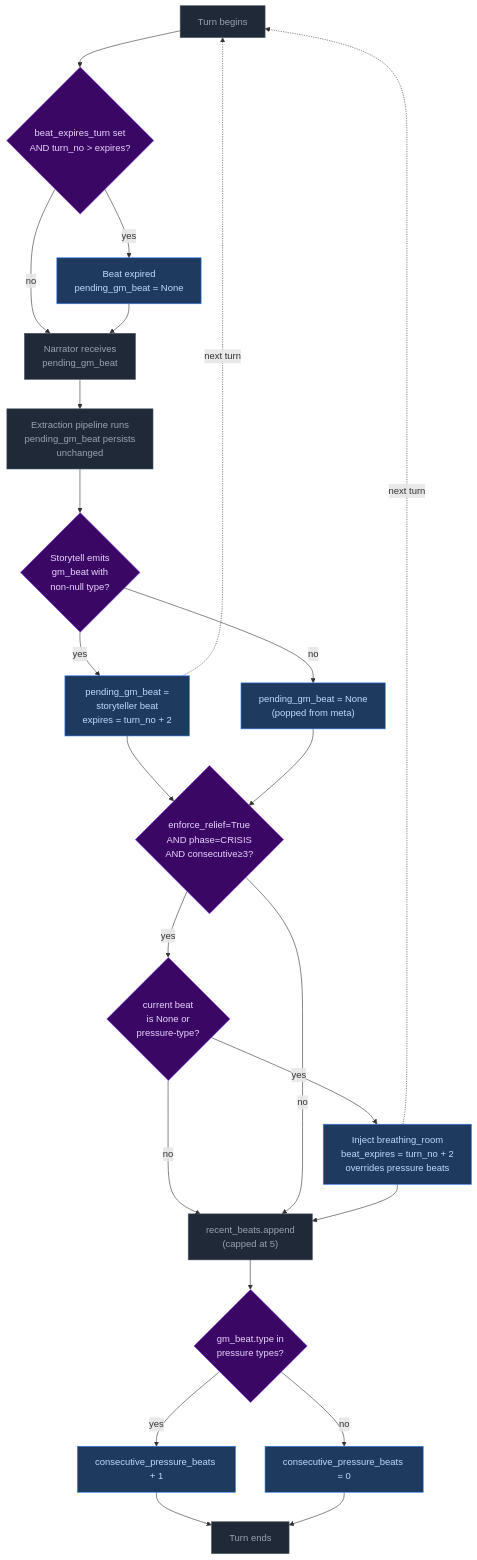
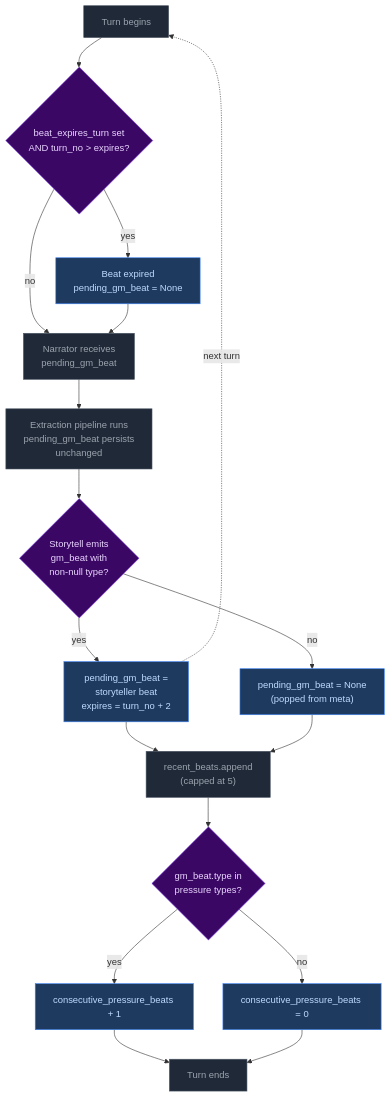
Before and after one commit to pww217/fablethread: the second of 7 diagrams in docs/architecture/pacing-systems.md, drawn with Mermaid. The commit also changed other lines of this file and 6 other files, not shown here.

````diff
--- a/docs/architecture/pacing-systems.md
+++ b/docs/architecture/pacing-systems.md
@@ -83,39 +78,31 @@
 ```mermaid
 flowchart TD
     classDef pyNode fill:#1f2937,color:#9ca3af,stroke:#4b5563
     classDef decision fill:#3b0764,color:#e9d5ff,stroke:#7c3aed
     classDef output fill:#1e3a5f,color:#bfdbfe,stroke:#3b82f6
     classDef system fill:#3b0764,color:#e9d5ff,stroke:#7c3aed,strokeWidth:2px
 
     START["Turn begins"]:::pyNode --> EXPIRY{"beat_expires_turn set<br>AND turn_no > expires?"}:::decision
     EXPIRY -- yes --> NULL["Beat expired<br>pending_gm_beat = None"]:::output
     EXPIRY -- no --> NARRATE["Narrator receives<br>pending_gm_beat"]:::pyNode
     NULL --> NARRATE
 
     NARRATE --> EXTRACTION["Extraction pipeline runs<br>pending_gm_beat persists<br>unchanged"]:::pyNode
     EXTRACTION --> STORYLLM{"Storytell emits<br>gm_beat with<br>non-null type?"}:::decision
     STORYLLM -- yes --> STORED["pending_gm_beat =<br>storyteller beat<br>expires = turn_no + 2"]:::output
     STORYLLM -- no --> POPPED["pending_gm_beat = None<br>(popped from meta)"]:::output
 
-    STORED --> RELIEF{"enforce_relief=True<br>AND phase=CRISIS<br>AND consecutive≥3?"}:::decision
-    POPPED --> RELIEF
-
-    RELIEF -- yes --> OVR{"current beat<br>is None or<br>pressure-type?"}:::decision
-    OVR -- yes --> BREATHING["Inject breathing_room<br>beat_expires = turn_no + 2<br>overrides pressure beats"]:::output
-    OVR -- no --> HISTORY["recent_beats.append<br>(capped at 5)"]:::pyNode
-    RELIEF -- no --> HISTORY
-    BREATHING --> HISTORY
+    STORED --> HISTORY["recent_beats.append<br>(capped at 5)"]:::pyNode
+    POPPED --> HISTORY
 
     HISTORY --> COUNTER{"gm_beat.type in<br>pressure types?"}:::decision
     COUNTER -- yes --> INC["consecutive_pressure_beats + 1"]:::output
     COUNTER -- no --> RESET["consecutive_pressure_beats = 0"]:::output
 
     INC --> END["Turn ends"]:::pyNode
     RESET --> END
     STORED -. "next turn" .-> START
-    BREATHING -. "next turn" .-> START
 
-    style RELIEF fill:#3b0764,color:#e9d5ff,stroke:#7c3aed
     style STORYLLM fill:#3b0764,color:#e9d5ff,stroke:#7c3aed
     style EXPIRY fill:#3b0764,color:#e9d5ff,stroke:#7c3aed
 ```
````
